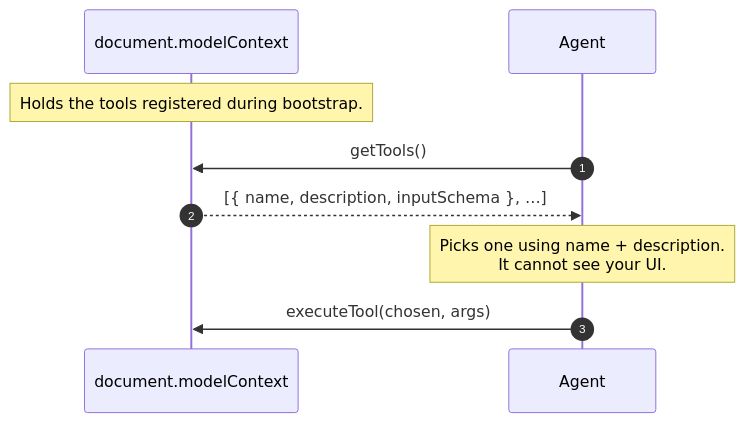
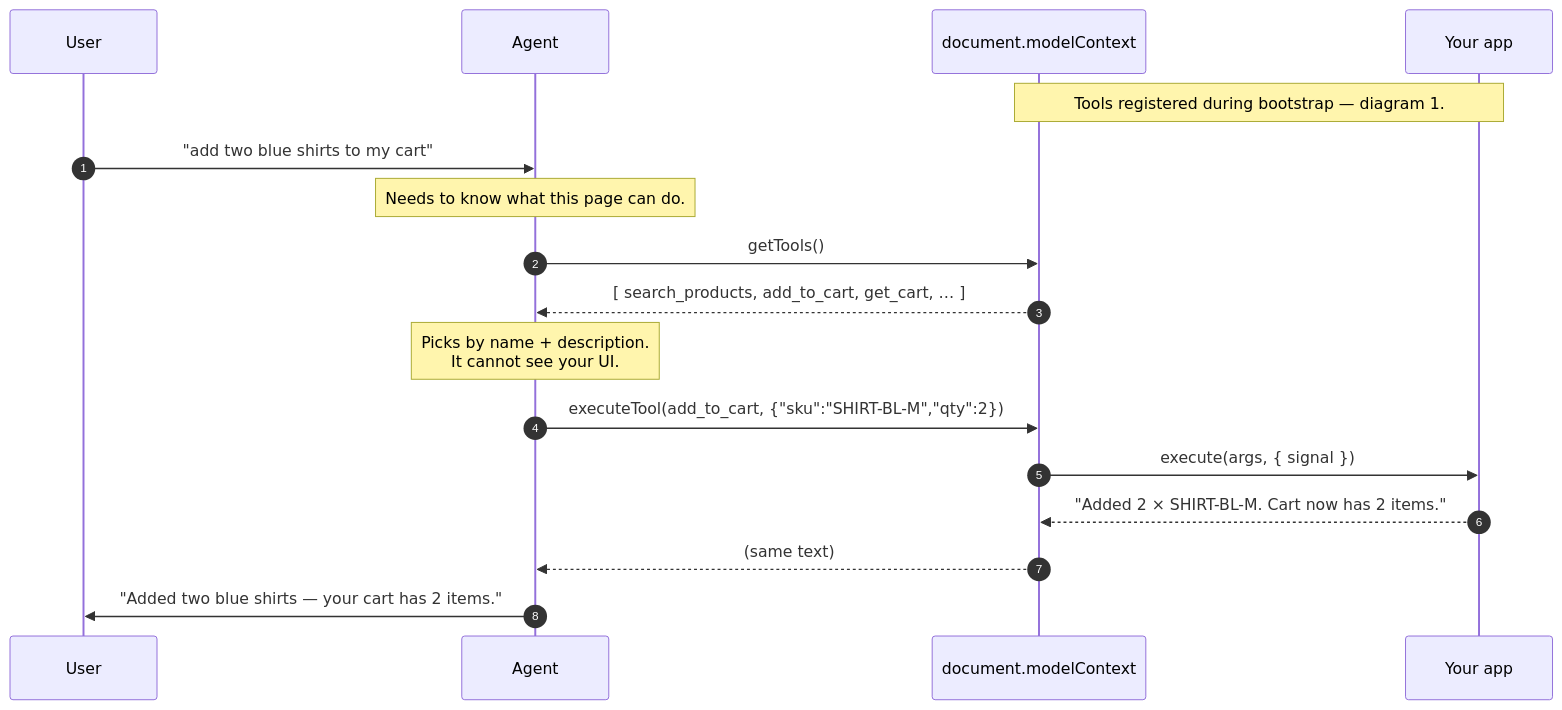
One commit to hasan1985/webmcp-angular changed the second of 10 diagrams in docs/architecture/07-lifecycle-sequence.md. Above: the diagram before and after it, drawn with Mermaid. The commit also changed other lines of this file and 1 other file, not shown here.

First line of the commit message:
show getTools() in the flow that triggers it

````diff
--- a/docs/architecture/07-lifecycle-sequence.md
+++ b/docs/architecture/07-lifecycle-sequence.md
@@ -63,13 +65,23 @@
 ```mermaid
 sequenceDiagram
     autonumber
+    participant User
+    participant Agent
     participant MC as document.modelContext
-    participant Agent
+    participant App as Your app
 
-    Note over MC: Holds the tools registered during bootstrap.
+    Note over MC,App: Tools registered during bootstrap — diagram 1.
 
+    User->>Agent: "add two blue shirts to my cart"
+    Note over Agent: Needs to know what this page can do.
     Agent->>MC: getTools()
-    MC-->>Agent: [{ name, description, inputSchema }, …]
-    Note over Agent: Picks one using name + description.<br/>It cannot see your UI.
-    Agent->>MC: executeTool(chosen, args)
+    MC-->>Agent: [ search_products, add_to_cart, get_cart, … ]
+    Note over Agent: Picks by name + description.<br/>It cannot see your UI.
+
+    Agent->>MC: executeTool(add_to_cart, {"sku":"SHIRT-BL-M","qty":2})
+    MC->>App: execute(args, { signal })
+    App-->>MC: "Added 2 × SHIRT-BL-M. Cart now has 2 items."
+    MC-->>Agent: (same text)
+
+    Agent->>User: "Added two blue shirts — your cart has 2 items."
 ```
````
